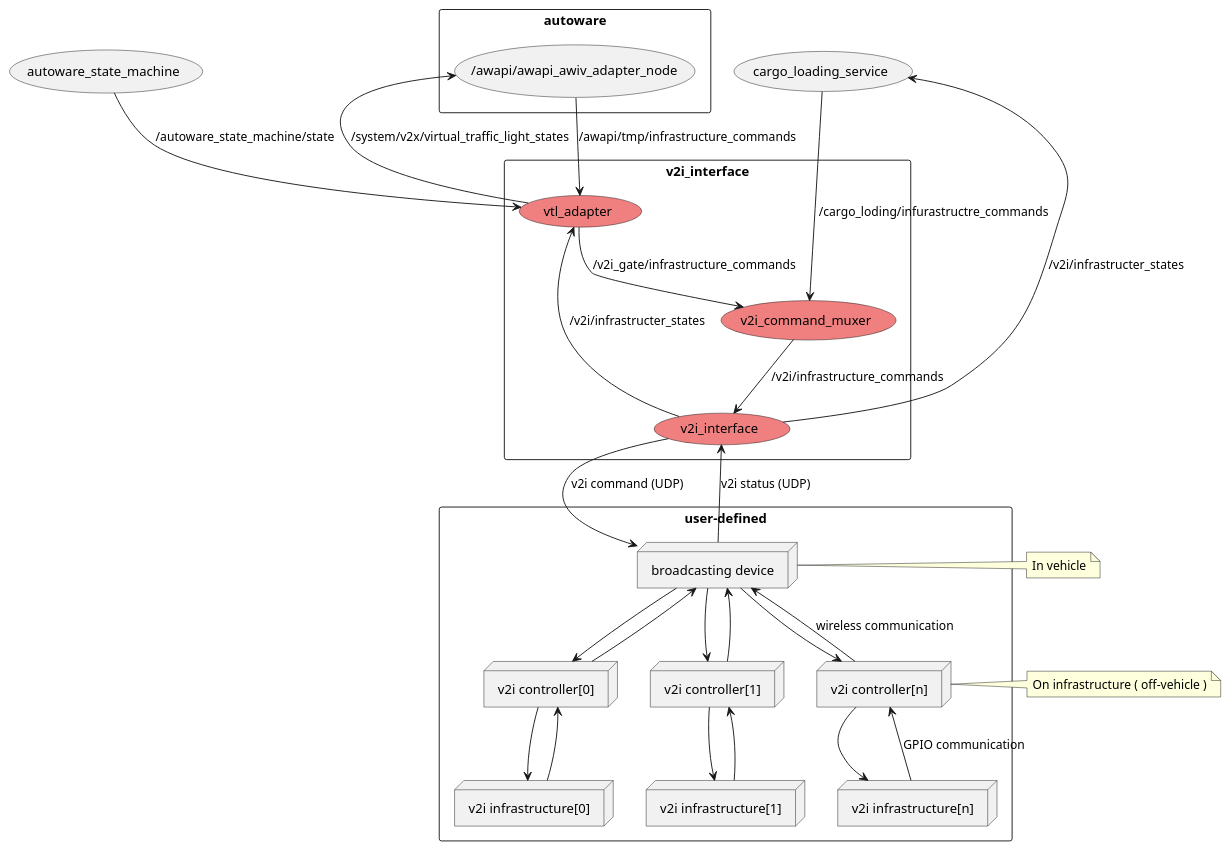
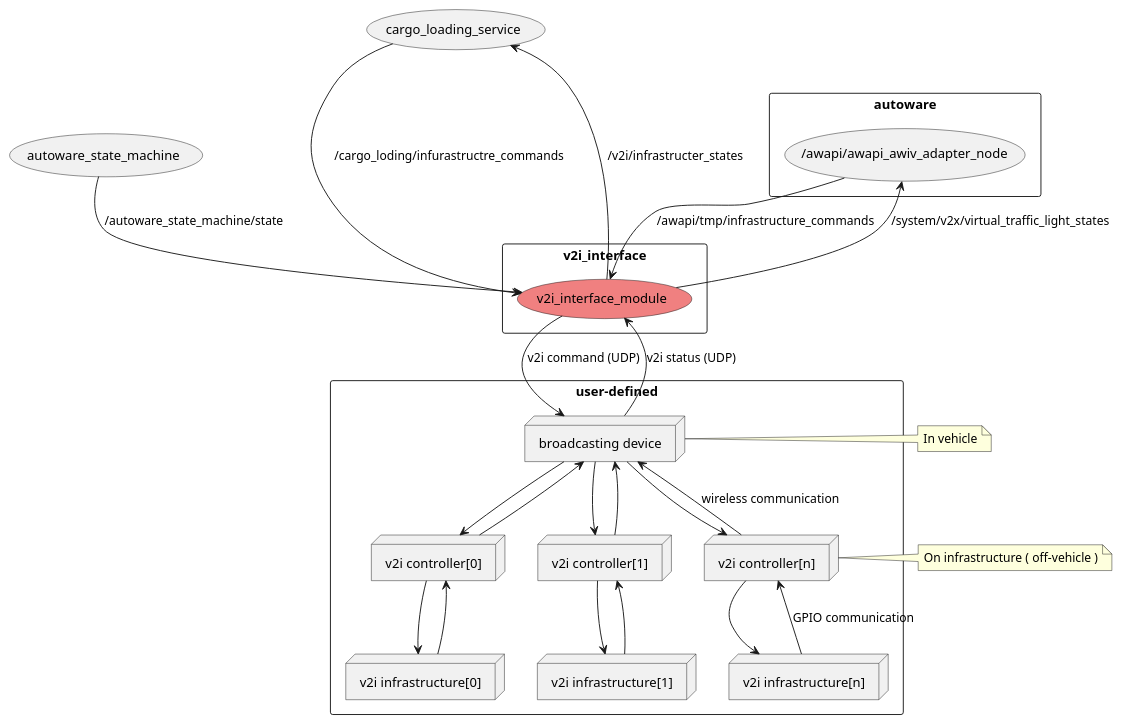
The diagram in docs/node_graph.pu (sfukuta/v2i_interface), drawn with PlantUML before and after one commit.

Commit message:
update External specification of node graph

```diff
--- a/docs/node_graph.pu
+++ b/docs/node_graph.pu
@@ -1,53 +1,48 @@
 @startuml
 
 rectangle autoware {
   usecase "/awapi/awapi_awiv_adapter_node"
 }
 usecase "autoware_state_machine"
 rectangle "v2i_interface" as v2i {
-usecase "v2i_interface" #LightCoral
-usecase "v2i_command_muxer" #LightCoral
-usecase "vtl_adapter" #LightCoral
+usecase "v2i_interface_module" #LightCoral
 } 
 rectangle user-defined {
   node "broadcasting device"
   node "v2i controller[0]" as v2ictl_0
   node "v2i controller[1]" as v2ictl_1
   node "v2i controller[n]" as v2ictl_n
   node "v2i infrastructure[0]" as v2ihw_0
   node "v2i infrastructure[1]" as v2ihw_1
   node "v2i infrastructure[n]" as v2ihw_n
 }
 usecase "cargo_loading_service"
 
-(/awapi/awapi_awiv_adapter_node) --> (vtl_adapter) : /awapi/tmp/infrastructure_commands
-(/awapi/awapi_awiv_adapter_node) <-- (vtl_adapter) : /system/v2x/virtual_traffic_light_states
-(autoware_state_machine) --> (vtl_adapter) : /autoware_state_machine/state
-(cargo_loading_service) ---> (v2i_command_muxer) : /cargo_loding/infurastructre_commands
-(vtl_adapter) --> (v2i_command_muxer) : /v2i_gate/infrastructure_commands
-(v2i_command_muxer) --> (v2i_interface) : /v2i/infrastructure_commands
-(vtl_adapter) <-- (v2i_interface) :/v2i/infrastructer_states
-(cargo_loading_service) <-- (v2i_interface) :/v2i/infrastructer_states
-(v2i_interface) --> (broadcasting device) : v2i command (UDP)
-(v2i_interface) <-- (broadcasting device) : v2i status (UDP)
+(/awapi/awapi_awiv_adapter_node) --> (v2i_interface_module) : /awapi/tmp/infrastructure_commands
+(/awapi/awapi_awiv_adapter_node) <-- (v2i_interface_module) : /system/v2x/virtual_traffic_light_states
+(autoware_state_machine) --> (v2i_interface_module) : /autoware_state_machine/state
+(cargo_loading_service) ---> (v2i_interface_module) : /cargo_loding/infurastructre_commands
+(cargo_loading_service) <-- (v2i_interface_module) :/v2i/infrastructer_states
+(v2i_interface_module) --> (broadcasting device) : v2i command (UDP)
+(v2i_interface_module) <-- (broadcasting device) : v2i status (UDP)
 (broadcasting device) --> (v2ictl_0)
 (broadcasting device) <-- (v2ictl_0)
 (broadcasting device) --> (v2ictl_1)
 (broadcasting device) <-- (v2ictl_1)
 (broadcasting device) --> (v2ictl_n)
 (broadcasting device) <-- (v2ictl_n) : wireless communication
 
 (v2ictl_0) -[hidden] (v2ictl_1)
 (v2ictl_1) -[hidden] (v2ictl_n)
 
 (v2ictl_0) --> (v2ihw_0)
 (v2ictl_0) <-- (v2ihw_0)
 (v2ictl_1) --> (v2ihw_1)
 (v2ictl_1) <-- (v2ihw_1)
 (v2ictl_n) --> (v2ihw_n)
 (v2ictl_n) <-- (v2ihw_n) : GPIO communication
 
 note right of "broadcasting device" : In vehicle
 note right of v2ictl_n : On infrastructure ( off-vehicle )
 
 @enduml
```
